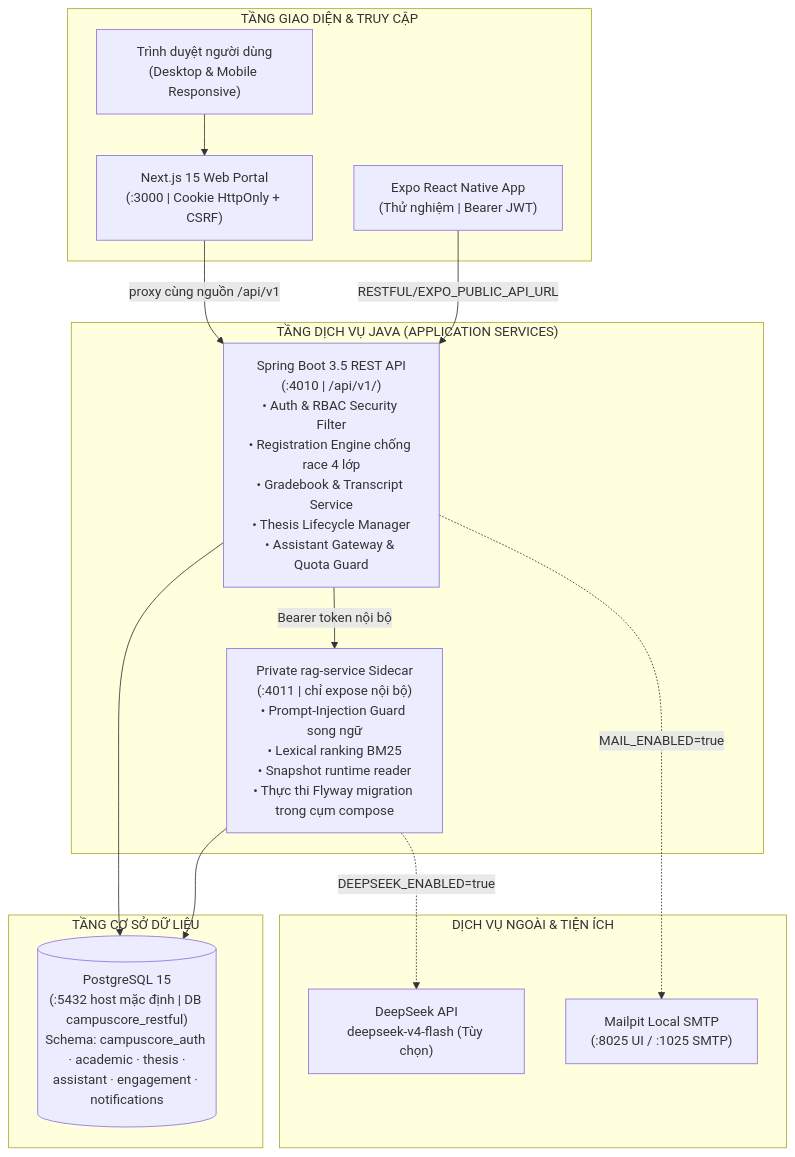
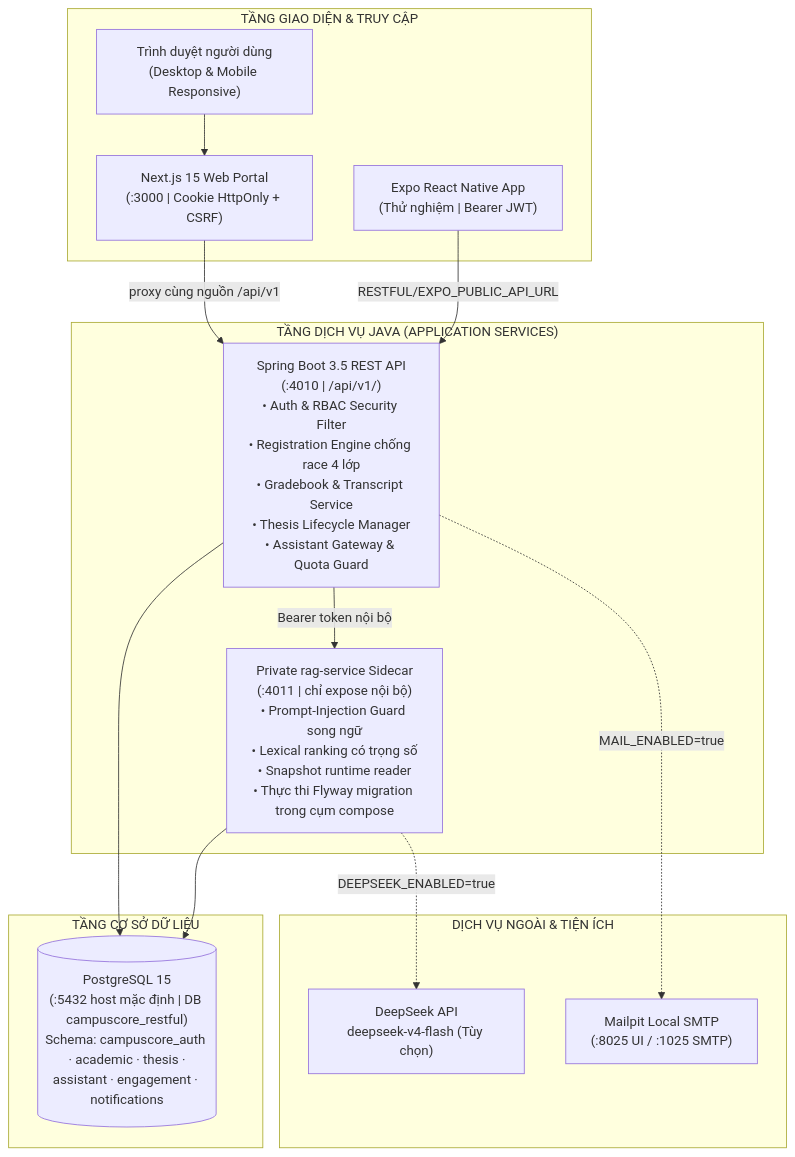
One commit to JasonTM17/CampusCore_Ecosystem changed the first of 6 diagrams in README.md. Above: the diagram before and after it, drawn with Mermaid. The commit also changed other lines of this file and 18 other files, not shown here.

````diff
--- a/README.md
+++ b/README.md
@@ -248,32 +248,32 @@
 ```mermaid
 flowchart TD
     subgraph CLIENTS["TẦNG GIAO DIỆN & TRUY CẬP"]
         Browser["Trình duyệt người dùng\n(Desktop & Mobile Responsive)"]
         Web["Next.js 15 Web Portal\n(:3000 | Cookie HttpOnly + CSRF)"]
         Mobile["Expo React Native App\n(Thử nghiệm | Bearer JWT)"]
     end
 
     subgraph BACKEND["TẦNG DỊCH VỤ JAVA (APPLICATION SERVICES)"]
         REST["Spring Boot 3.5 REST API\n(:4010 | /api/v1/)\n• Auth & RBAC Security Filter\n• Registration Engine chống race 4 lớp\n• Gradebook & Transcript Service\n• Thesis Lifecycle Manager\n• Assistant Gateway & Quota Guard"]
-        RAG["Private rag-service Sidecar\n(:4011 | chỉ expose nội bộ)\n• Prompt-Injection Guard song ngữ\n• Lexical ranking BM25\n• Snapshot runtime reader\n• Thực thi Flyway migration trong cụm compose"]
+        RAG["Private rag-service Sidecar\n(:4011 | chỉ expose nội bộ)\n• Prompt-Injection Guard song ngữ\n• Lexical ranking có trọng số\n• Snapshot runtime reader\n• Thực thi Flyway migration trong cụm compose"]
     end
 
     subgraph DATA["TẦNG CƠ SỞ DỮ LIỆU"]
         PG[("PostgreSQL 15\n(:5432 host mặc định | DB campuscore_restful)\nSchema: campuscore_auth · academic · thesis ·\nassistant · engagement · notifications")]
     end
 
     subgraph EXTERNAL["DỊCH VỤ NGOÀI & TIỆN ÍCH"]
         Mailpit["Mailpit Local SMTP\n(:8025 UI / :1025 SMTP)"]
         DeepSeek["DeepSeek API\ndeepseek-v4-flash (Tùy chọn)"]
     end
 
     Browser --> Web
     Web -->|"proxy cùng nguồn /api/v1"| REST
     Mobile -->|"RESTFUL/EXPO_PUBLIC_API_URL"| REST
 
     REST --> PG
     REST -->|"Bearer token nội bộ"| RAG
     RAG --> PG
     RAG -.->|"DEEPSEEK_ENABLED=true"| DeepSeek
     REST -.->|"MAIL_ENABLED=true"| Mailpit
 ```
````
